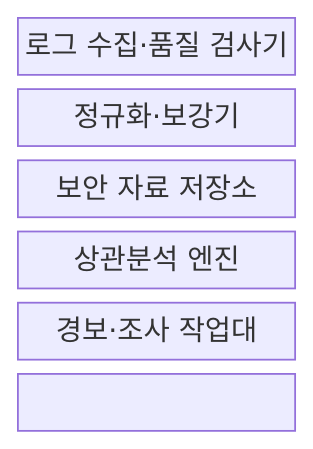
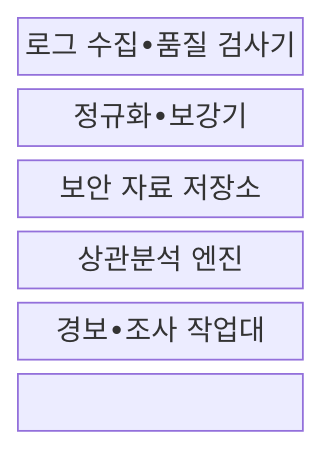
Before and after one commit to agnusdei1207/knowledge-base: the first of 2 diagrams in src/content/docs/notes/04-network/093_siem_security_information_event_management.md, drawn with Mermaid. The commit also changed other lines of this file and 953 other files, not shown here.

````diff
--- a/src/content/docs/notes/04-network/093_siem_security_information_event_management.md
+++ b/src/content/docs/notes/04-network/093_siem_security_information_event_management.md
@@ -64,11 +64,11 @@
 ```mermaid
 block-beta
     columns 1
-    INGEST["로그 수집·품질 검사기"]
-    NORMALIZER["정규화·보강기"]
+    INGEST["로그 수집•품질 검사기"]
+    NORMALIZER["정규화•보강기"]
     STORE["보안 자료 저장소"]
     ANALYTICS["상관분석 엔진"]
-    WORKBENCH["경보·조사 작업대"]
+    WORKBENCH["경보•조사 작업대"]
     INGEST --> NORMALIZER --> STORE
     STORE --> ANALYTICS --> WORKBENCH
 ```
````
